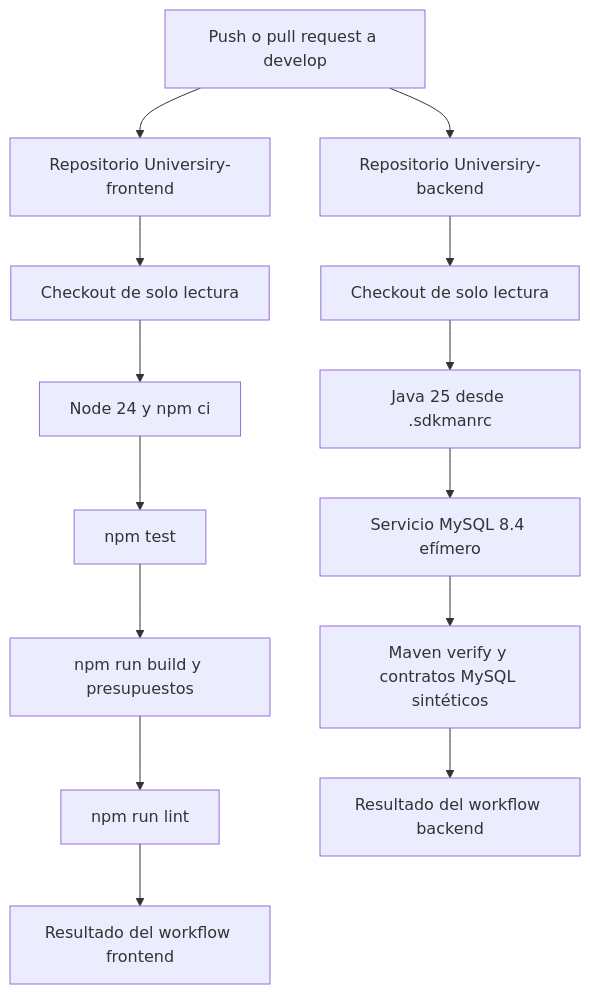
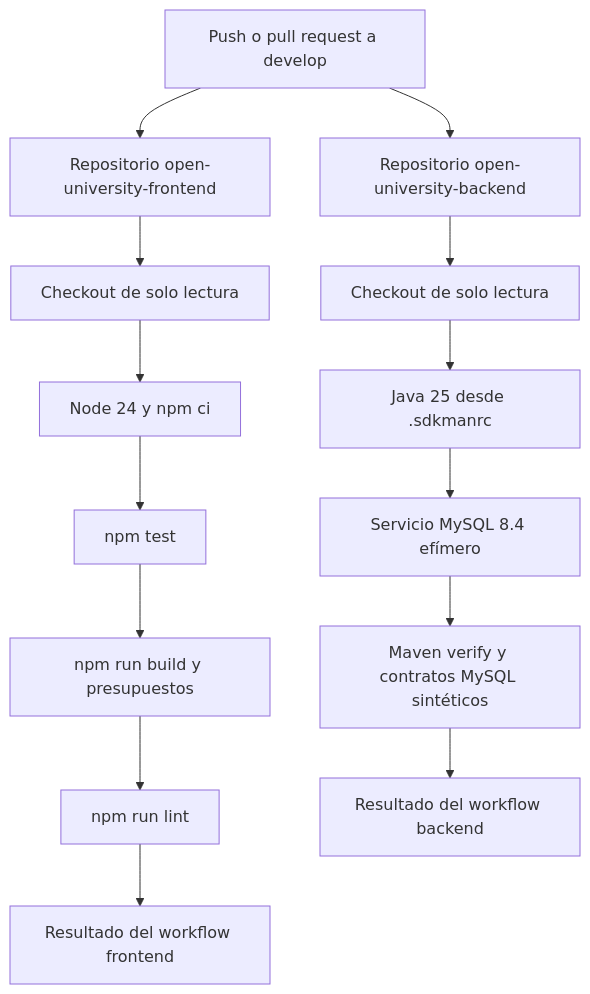
Diagram 29 of 38 in docs/architecture/process-flows.md (jdsalasca/open-university-backend), drawn with Mermaid before and after one commit. The commit also changed 15 other files, not shown here.

````diff
--- a/docs/architecture/process-flows.md
+++ b/docs/architecture/process-flows.md
@@ -1245,17 +1245,17 @@
 ```mermaid
 flowchart TD
   Dev[Push o pull request a develop]
-  Dev --> FrontRepo[Repositorio Universiry-frontend]
-  Dev --> BackRepo[Repositorio Universiry-backend]
+  Dev --> FrontRepo[Repositorio open-university-frontend]
+  Dev --> BackRepo[Repositorio open-university-backend]
   FrontRepo --> CheckoutFront[Checkout de solo lectura]
   CheckoutFront --> Node[Node 24 y npm ci]
   Node --> FrontTests[npm test]
   FrontTests --> FrontBuild[npm run build y presupuestos]
   FrontBuild --> FrontLint[npm run lint]
   BackRepo --> CheckoutBack[Checkout de solo lectura]
   CheckoutBack --> Java[Java 25 desde .sdkmanrc]
   Java --> MySQL[Servicio MySQL 8.4 efímero]
   MySQL --> Maven[Maven verify y contratos MySQL sintéticos]
   FrontLint --> FrontResult[Resultado del workflow frontend]
   Maven --> BackResult[Resultado del workflow backend]
 ```
````
